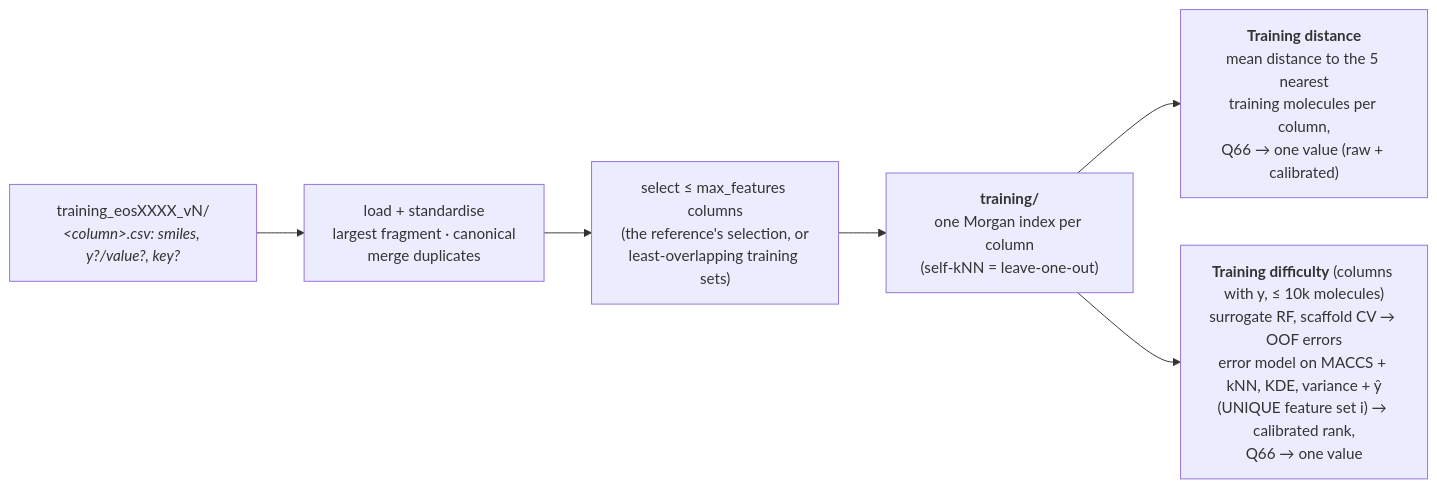
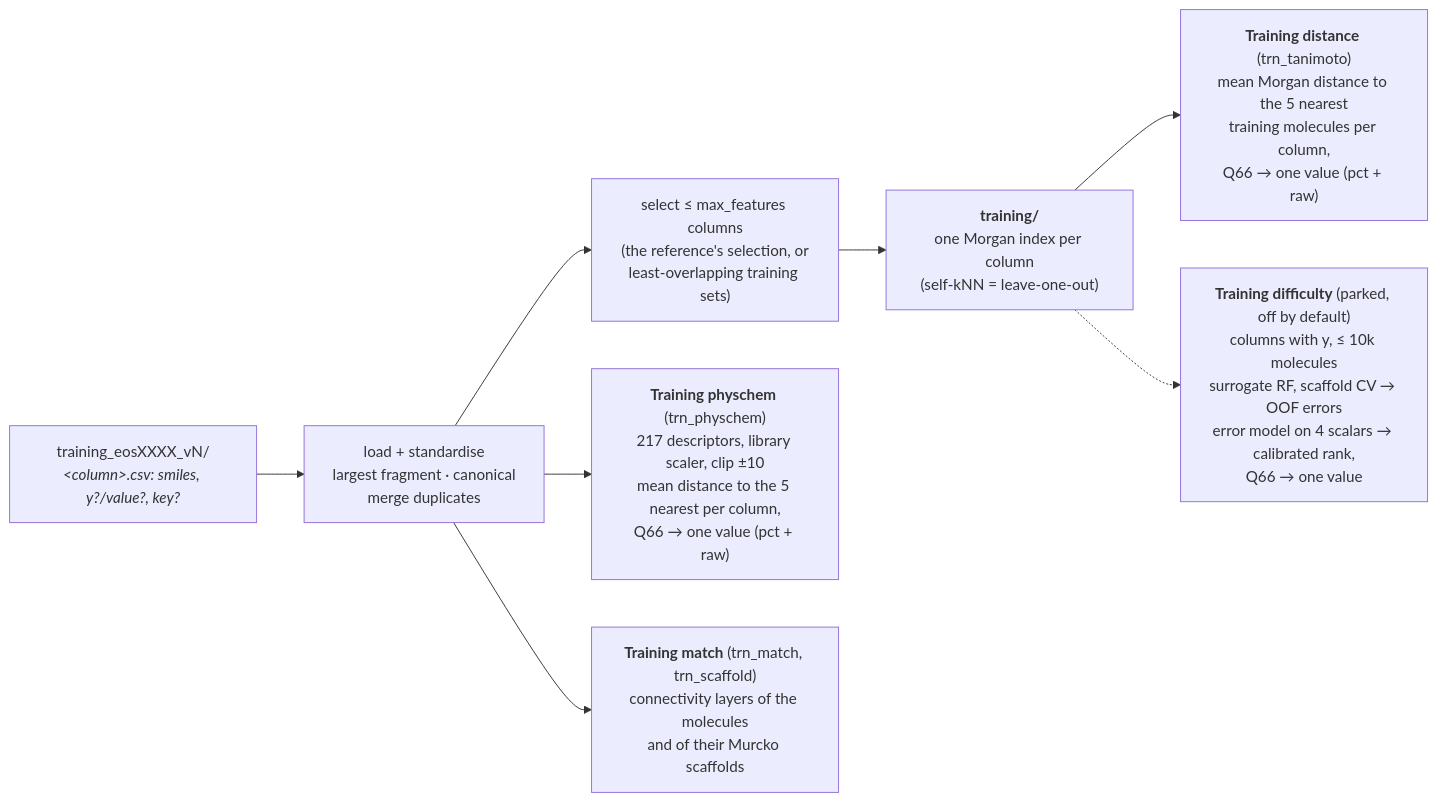
The second of 3 diagrams in docs/diagram.md (ersilia-os/eosquality), drawn with Mermaid before and after one commit. The commit also changed other lines of this file and 14 other files, not shown here.

First line of the commit message:
Physchem: drop the query's own row by position; training code cleanup

````diff
--- a/docs/diagram.md
+++ b/docs/diagram.md
@@ -27,8 +27,10 @@
 ```mermaid
 flowchart LR
     TR["training_eosXXXX_vN/<br/><i>&lt;column&gt;.csv: smiles, y?/value?, key?</i>"] --> LD["load + standardise<br/>largest fragment · canonical<br/>merge duplicates"]
     LD --> SEL["select ≤ max_features columns<br/>(the reference's selection, or<br/>least-overlapping training sets)"]
     SEL --> IDX["<b>training/</b><br/>one Morgan index per column<br/>(self-kNN = leave-one-out)"]
-    IDX --> TD["<b>Training distance</b><br/>mean distance to the 5 nearest<br/>training molecules per column,<br/>Q66 → one value (raw + calibrated)"]
-    IDX --> TDF["<b>Training difficulty</b> (columns with y, ≤ 10k molecules)<br/>surrogate RF, scaffold CV → OOF errors<br/>error model on MACCS + kNN, KDE, variance + ŷ<br/>(UNIQUE feature set i) → calibrated rank,<br/>Q66 → one value"]
+    IDX --> TD["<b>Training distance</b> (trn_tanimoto)<br/>mean Morgan distance to the 5 nearest<br/>training molecules per column,<br/>Q66 → one value (pct + raw)"]
+    LD --> TP["<b>Training physchem</b> (trn_physchem)<br/>217 descriptors, library scaler, clip ±10<br/>mean distance to the 5 nearest per column,<br/>Q66 → one value (pct + raw)"]
+    LD --> TM["<b>Training match</b> (trn_match, trn_scaffold)<br/>connectivity layers of the molecules<br/>and of their Murcko scaffolds"]
+    IDX -.-> TDF["<b>Training difficulty</b> (parked, off by default)<br/>columns with y, ≤ 10k molecules<br/>surrogate RF, scaffold CV → OOF errors<br/>error model on 4 scalars → calibrated rank,<br/>Q66 → one value"]
 ```
````
